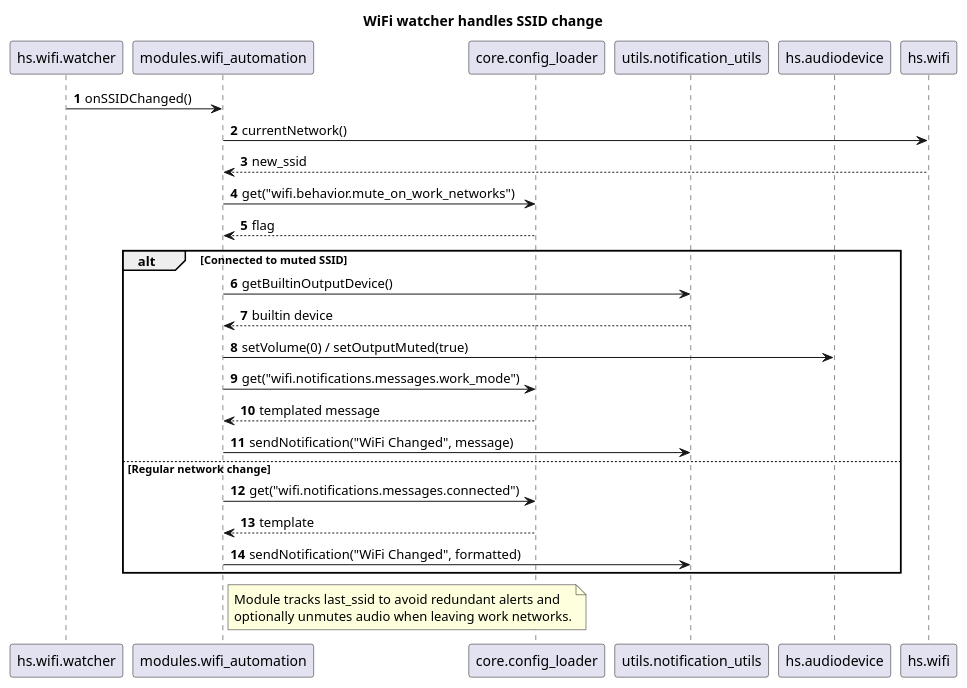
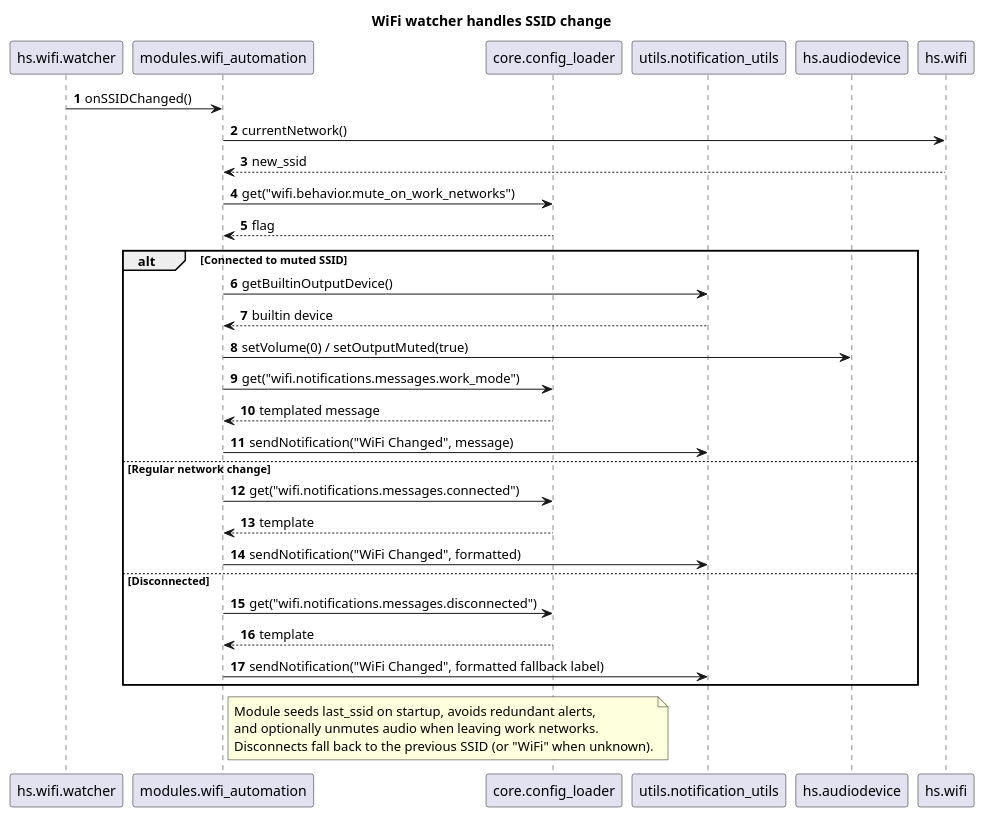
Before and after one commit to CsHeng/dot-hammerspoon: the diagram in docs/wifi_automation_sequence.puml, drawn with PlantUML. The commit also changed 20 other files, not shown here.

```diff
--- a/docs/wifi_automation_sequence.puml
+++ b/docs/wifi_automation_sequence.puml
@@ -1,35 +1,40 @@
 @startuml WiFiAutomationSequence
 title WiFi watcher handles SSID change
 
 participant "hs.wifi.watcher" as watcher
 participant "modules.wifi_automation" as wifi
 participant "core.config_loader" as config
 participant "utils.notification_utils" as notification
 participant "hs.audiodevice" as audio
 
 autonumber
 
 watcher -> wifi: onSSIDChanged()
 wifi -> hs.wifi: currentNetwork()
 hs.wifi --> wifi: new_ssid
 wifi -> config: get("wifi.behavior.mute_on_work_networks")
 config --> wifi: flag
 alt Connected to muted SSID
     wifi -> notification: getBuiltinOutputDevice()
     notification --> wifi: builtin device
     wifi -> audio: setVolume(0) / setOutputMuted(true)
     wifi -> config: get("wifi.notifications.messages.work_mode")
     config --> wifi: templated message
     wifi -> notification: sendNotification("WiFi Changed", message)
 else Regular network change
     wifi -> config: get("wifi.notifications.messages.connected")
     config --> wifi: template
     wifi -> notification: sendNotification("WiFi Changed", formatted)
+else Disconnected
+    wifi -> config: get("wifi.notifications.messages.disconnected")
+    config --> wifi: template
+    wifi -> notification: sendNotification("WiFi Changed", formatted fallback label)
 end
 
 note right of wifi
-Module tracks last_ssid to avoid redundant alerts and
-optionally unmutes audio when leaving work networks.
+Module seeds last_ssid on startup, avoids redundant alerts,
+and optionally unmutes audio when leaving work networks.
+Disconnects fall back to the previous SSID (or "WiFi" when unknown).
 end note
 
 @enduml
```
